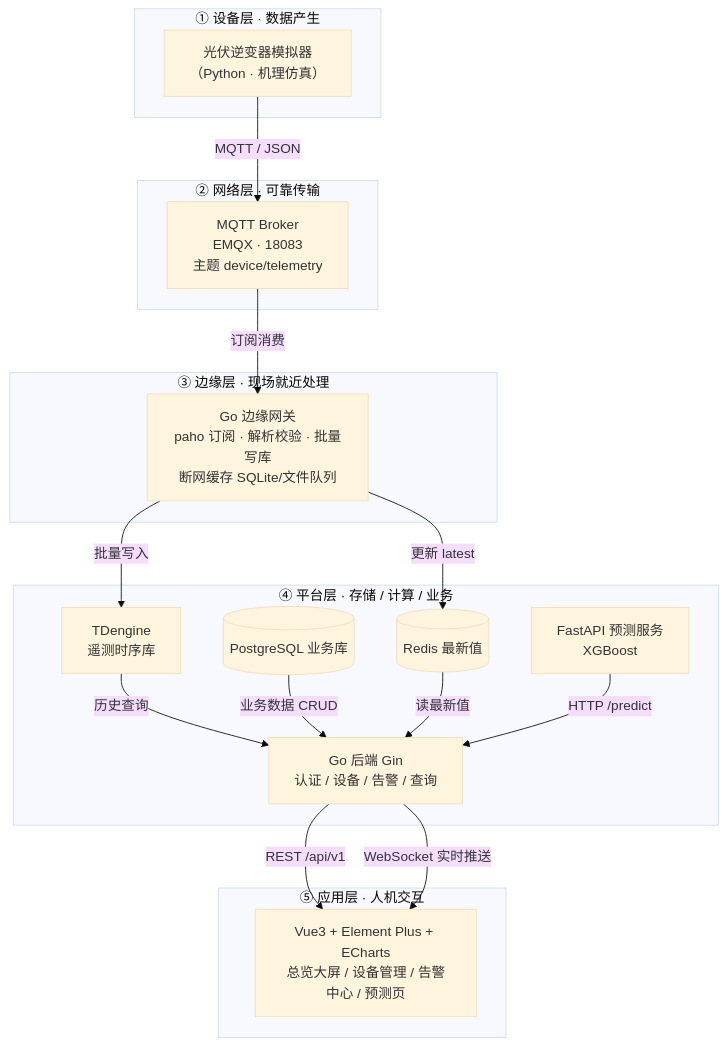
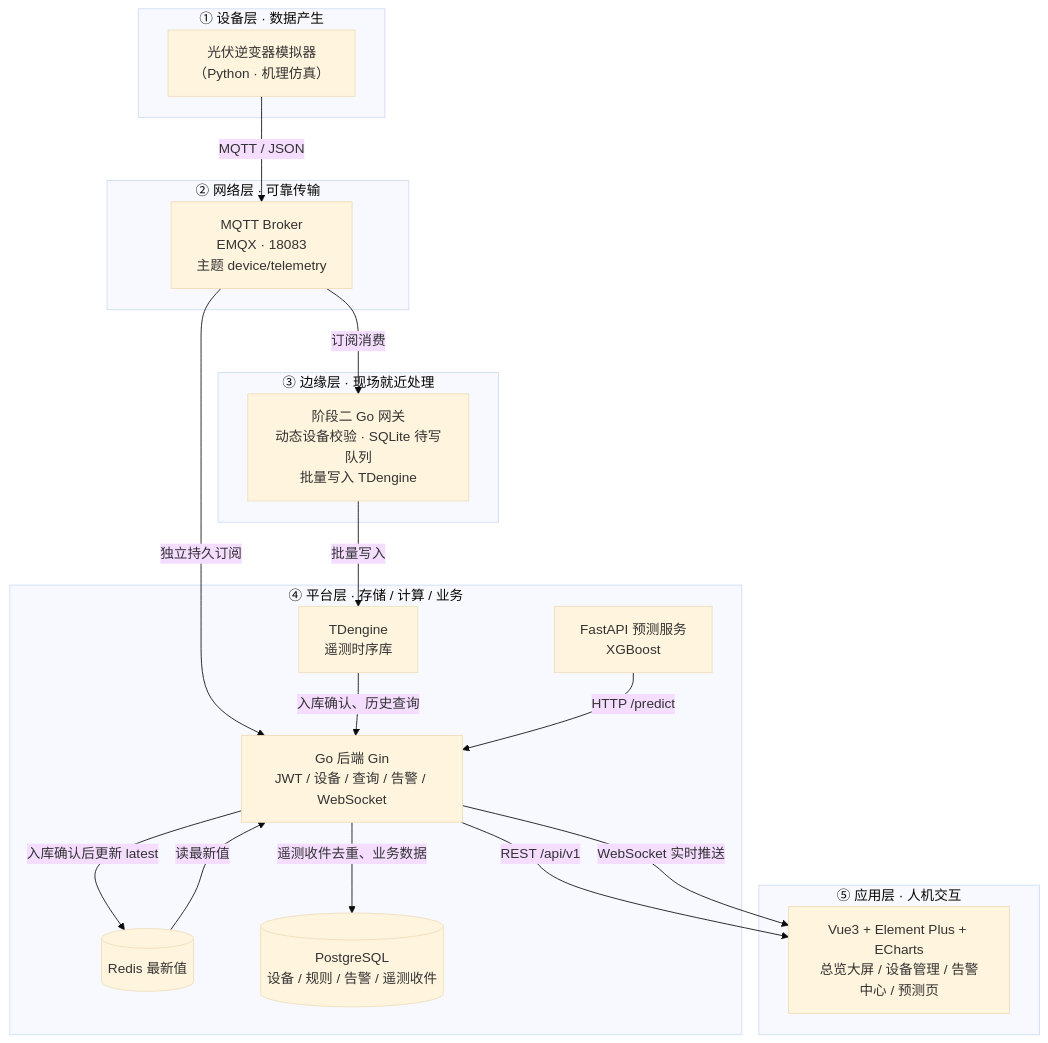
One commit to Cyan-carp/PowerSystem changed the diagram in 架构设计/diagrams/architecture.mmd. Above: the diagram before and after it, drawn with Mermaid (base theme). The commit also changed 46 other files, not shown here.

```diff
--- a/架构设计/diagrams/architecture.mmd
+++ b/架构设计/diagrams/architecture.mmd
@@ -1,35 +1,36 @@
 flowchart TB
     subgraph L1["① 设备层 · 数据产生"]
         SIM["光伏逆变器模拟器<br/>（Python · 机理仿真）"]
     end
 
     subgraph L2["② 网络层 · 可靠传输"]
         MQTT["MQTT Broker<br/>EMQX · 18083<br/>主题 device/telemetry"]
     end
 
     subgraph L3["③ 边缘层 · 现场就近处理"]
-        GW["Go 边缘网关<br/>paho 订阅 · 解析校验 · 批量写库<br/>断网缓存 SQLite/文件队列"]
+        GW["阶段二 Go 网关<br/>动态设备校验 · SQLite 待写队列<br/>批量写入 TDengine"]
     end
 
     subgraph L4["④ 平台层 · 存储 / 计算 / 业务"]
         TD["TDengine<br/>遥测时序库"]
         RED[("Redis 最新值")]
-        PG[("PostgreSQL 业务库")]
-        BACK["Go 后端 Gin<br/>认证 / 设备 / 告警 / 查询"]
+        PG[("PostgreSQL<br/>设备 / 规则 / 告警 / 遥测收件")]
+        BACK["Go 后端 Gin<br/>JWT / 设备 / 查询 / 告警 / WebSocket"]
         AI["FastAPI 预测服务<br/>XGBoost"]
     end
 
     subgraph L5["⑤ 应用层 · 人机交互"]
         WEB["Vue3 + Element Plus + ECharts<br/>总览大屏 / 设备管理 / 告警中心 / 预测页"]
     end
 
     SIM -->|"MQTT / JSON"| MQTT
     MQTT -->|"订阅消费"| GW
     GW -->|"批量写入"| TD
-    GW -->|"更新 latest"| RED
-    TD -->|"历史查询"| BACK
-    PG -->|"业务数据 CRUD"| BACK
+    MQTT -->|"独立持久订阅"| BACK
+    BACK -->|"遥测收件去重、业务数据"| PG
+    TD -->|"入库确认、历史查询"| BACK
+    BACK -->|"入库确认后更新 latest"| RED
     RED -->|"读最新值"| BACK
     AI -->|"HTTP /predict"| BACK
     BACK -->|"REST /api/v1"| WEB
     BACK -->|"WebSocket 实时推送"| WEB
```
